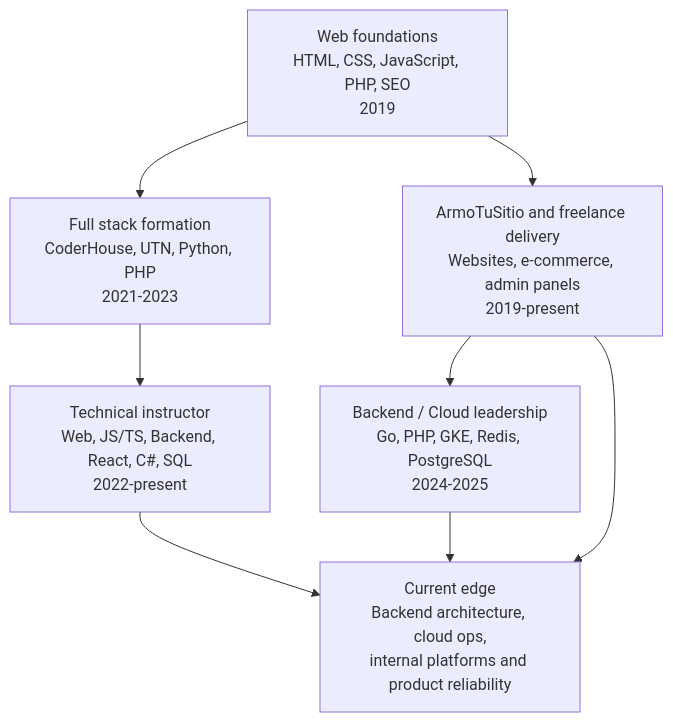
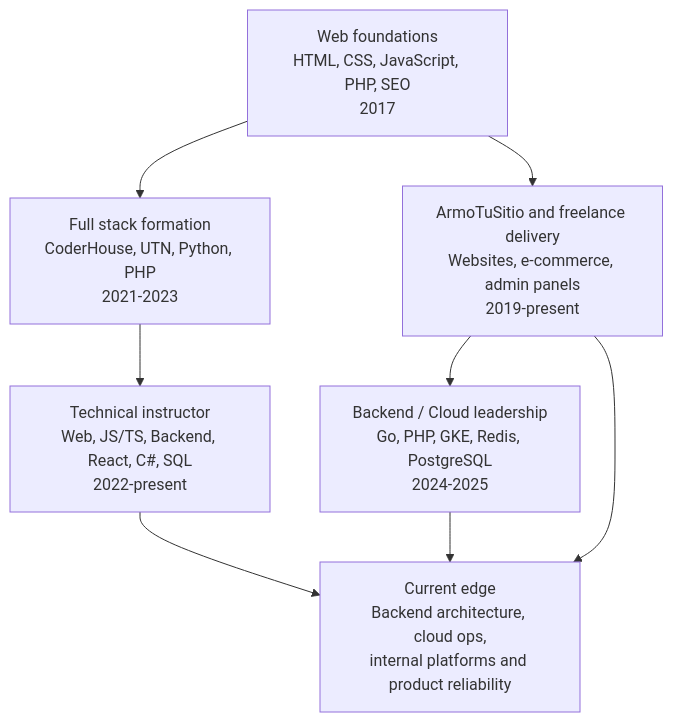
Before and after one commit to Drako01/Drako01: the diagram in README.md, drawn with Mermaid. The commit also changed other lines of this file, not shown here.

Commit message:
docs(profile): corrige inicio del recorrido developer

````diff
--- a/README.md
+++ b/README.md
@@ -136,17 +137,17 @@
 ```mermaid
 flowchart TD
-  A["Web foundations<br/>HTML, CSS, JavaScript, PHP, SEO<br/>2019"]
+  A["Web foundations<br/>HTML, CSS, JavaScript, PHP, SEO<br/>2017"]
   B["Full stack formation<br/>CoderHouse, UTN, Python, PHP<br/>2021-2023"]
   C["ArmoTuSitio and freelance delivery<br/>Websites, e-commerce, admin panels<br/>2019-present"]
   D["Technical instructor<br/>Web, JS/TS, Backend, React, C#, SQL<br/>2022-present"]
   E["Backend / Cloud leadership<br/>Go, PHP, GKE, Redis, PostgreSQL<br/>2024-2025"]
   F["Current edge<br/>Backend architecture, cloud ops,<br/>internal platforms and product reliability"]
 
   A --> B
   A --> C
   B --> D
   C --> E
   C --> F
   D --> F
   E --> F
 ```
````
